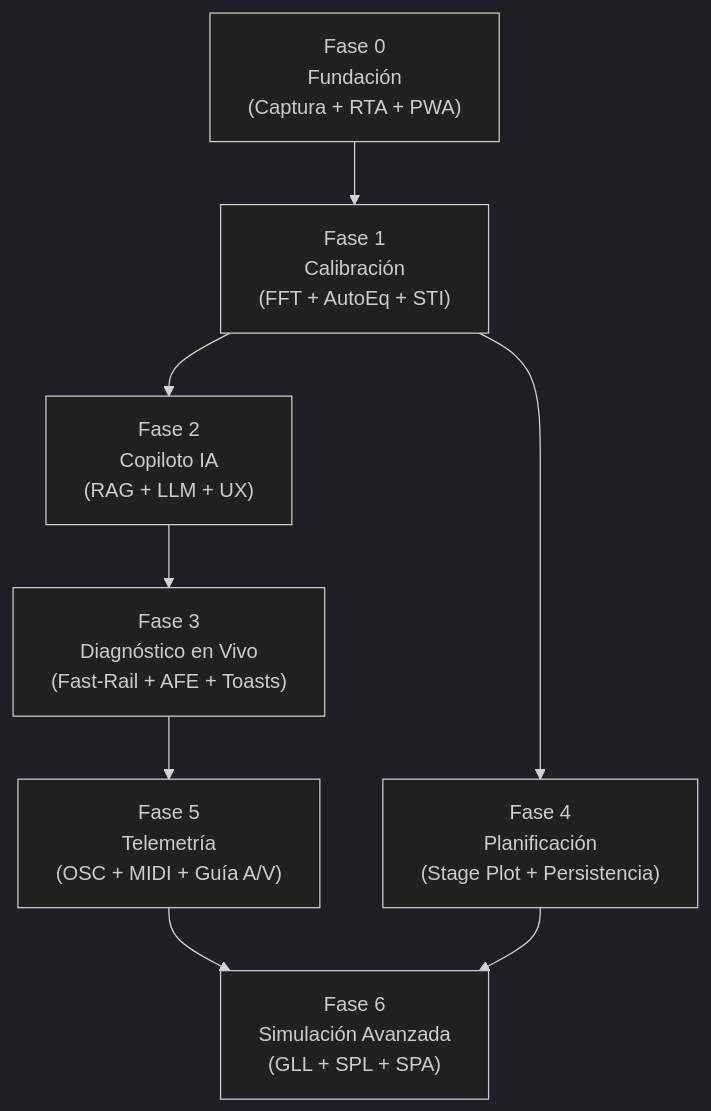
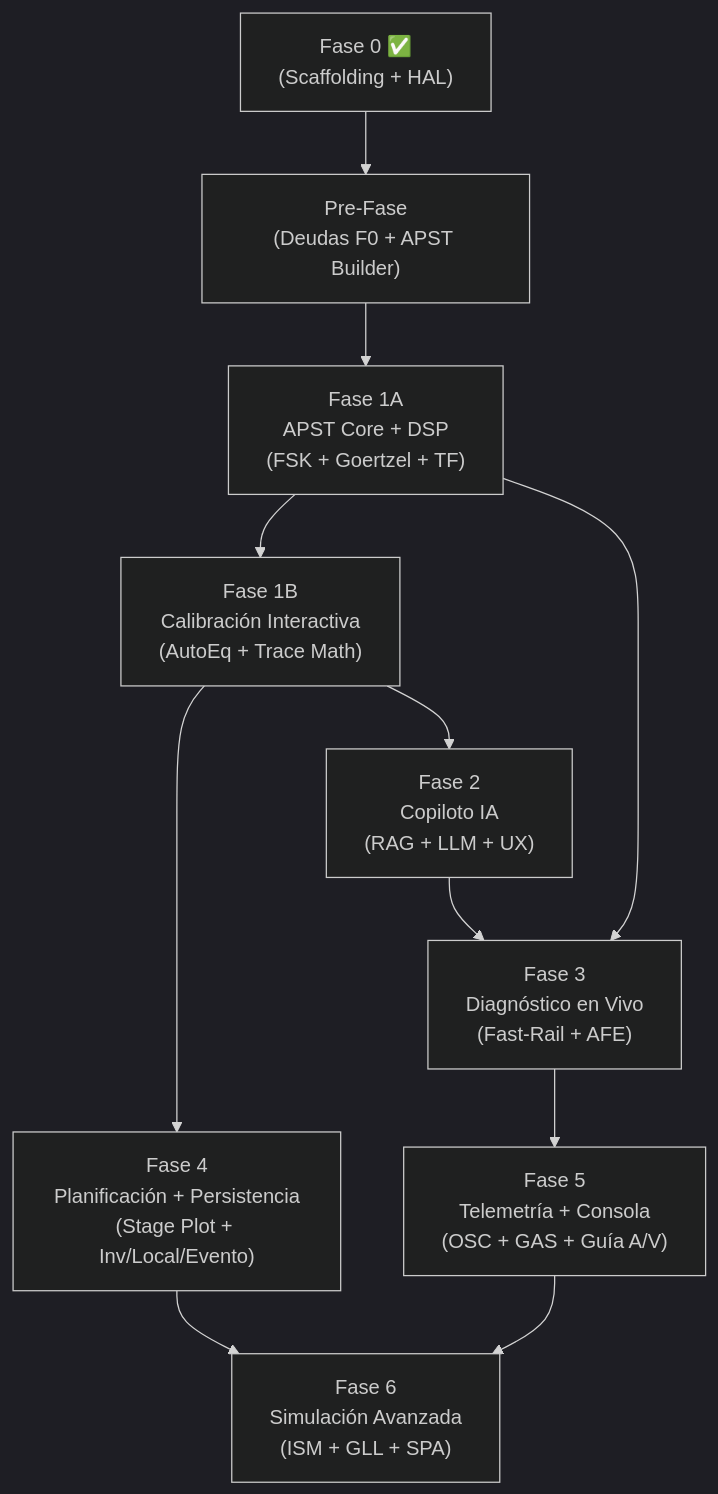
One commit to entrerios2/asistente changed the diagram in docs/roadmap.md. Above: the diagram before and after it, drawn with Mermaid (dark theme). The commit also changed other lines of this file and 4 other files, not shown here.

Commit message:
feat: add implementation documentation and initial project roadmap

````diff
--- a/docs/roadmap.md
+++ b/docs/roadmap.md
@@ -243,18 +290,23 @@
 ```mermaid
 graph TD
-    F0["Fase 0<br/>Fundación<br/>(Captura + RTA + PWA)"]
-    F1["Fase 1<br/>Calibración<br/>(FFT + AutoEq + STI)"]
+    F0["Fase 0 ✅<br/>(Scaffolding + HAL)"]
+    PF["Pre-Fase<br/>(Deudas F0 + APST Builder)"]
+    F1A["Fase 1A<br/>APST Core + DSP<br/>(FSK + Goertzel + TF)"]
+    F1B["Fase 1B<br/>Calibración Interactiva<br/>(AutoEq + Trace Math)"]
     F2["Fase 2<br/>Copiloto IA<br/>(RAG + LLM + UX)"]
-    F3["Fase 3<br/>Diagnóstico en Vivo<br/>(Fast-Rail + AFE + Toasts)"]
-    F4["Fase 4<br/>Planificación<br/>(Stage Plot + Persistencia)"]
-    F5["Fase 5<br/>Telemetría<br/>(OSC + MIDI + Guía A/V)"]
-    F6["Fase 6<br/>Simulación Avanzada<br/>(GLL + SPL + SPA)"]
+    F3["Fase 3<br/>Diagnóstico en Vivo<br/>(Fast-Rail + AFE)"]
+    F4["Fase 4<br/>Planificación + Persistencia<br/>(Stage Plot + Inv/Local/Evento)"]
+    F5["Fase 5<br/>Telemetría + Consola<br/>(OSC + GAS + Guía A/V)"]
+    F6["Fase 6<br/>Simulación Avanzada<br/>(ISM + GLL + SPA)"]
 
-    F0 --> F1
-    F1 --> F2
+    F0 --> PF
+    PF --> F1A
+    F1A --> F1B
+    F1B --> F2
     F2 --> F3
-    F1 --> F4
+    F1A --> F3
+    F1B --> F4
     F3 --> F5
+    F4 --> F6
     F5 --> F6
-    F4 --> F6
 ```
````
